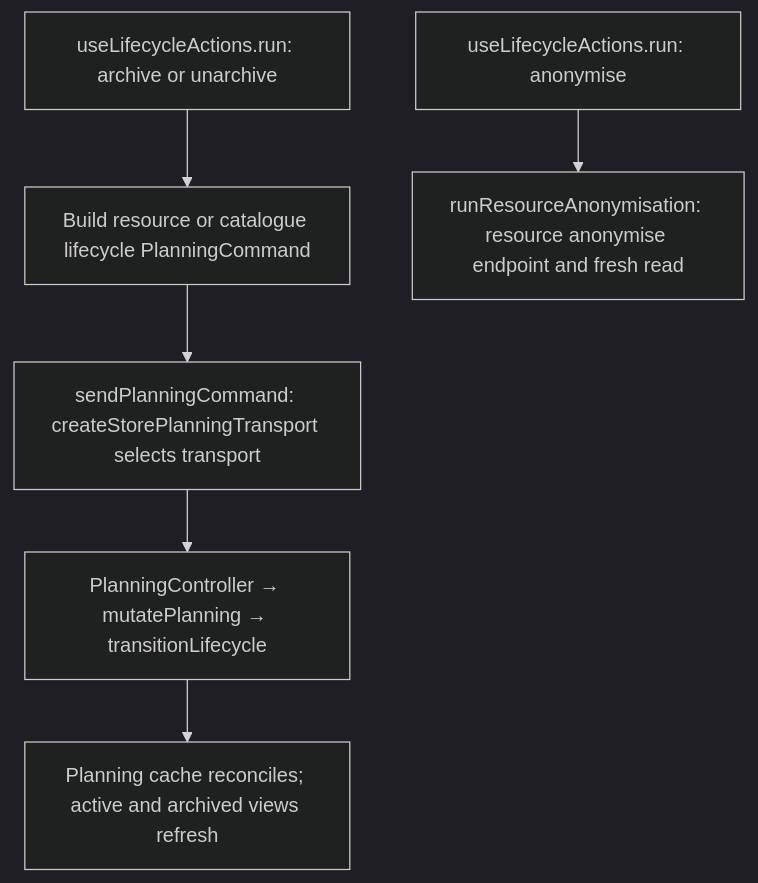
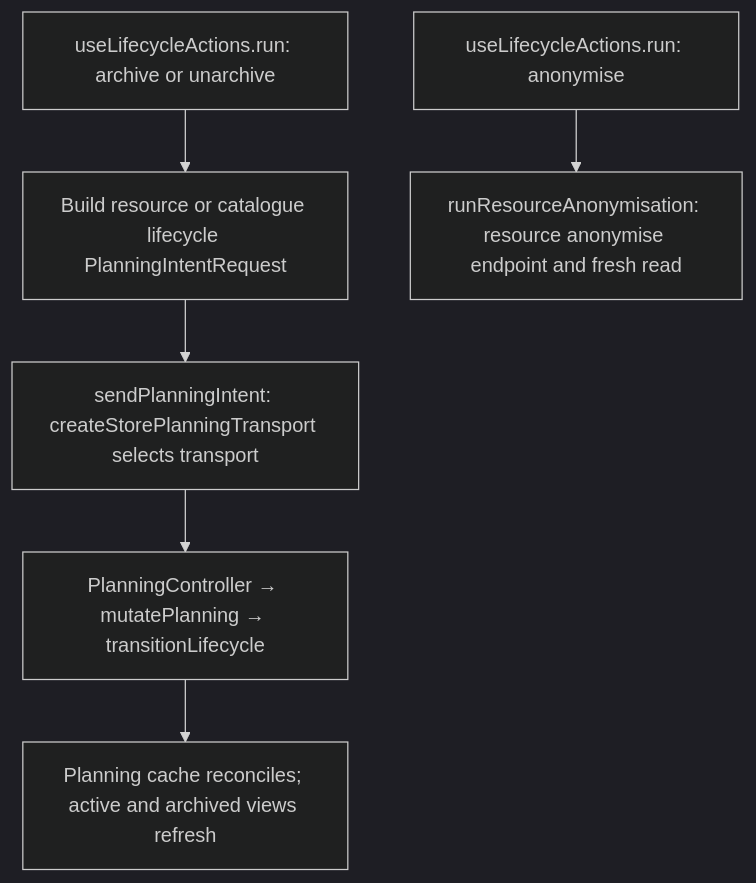
Before and after one commit to Kevinjohn/capacitylens: the second of 2 diagrams in user-stories/settings/US-SET-12-archived-deleted.md, drawn with Mermaid (dark theme). The commit also changed 55 other files, not shown here.

First line of the commit message:
Planning intent: rename planning commands to intents

````diff
--- a/user-stories/settings/US-SET-12-archived-deleted.md
+++ b/user-stories/settings/US-SET-12-archived-deleted.md
@@ -34,8 +34,8 @@
 ```mermaid
 flowchart TD
-archive["useLifecycleActions.run: archive or unarchive"] --> command["Build resource or catalogue lifecycle PlanningCommand"]
-  command --> send["sendPlanningCommand: createStorePlanningTransport selects transport"]
+archive["useLifecycleActions.run: archive or unarchive"] --> intent["Build resource or catalogue lifecycle PlanningIntentRequest"]
+  intent --> send["sendPlanningIntent: createStorePlanningTransport selects transport"]
   send --> server["PlanningController → mutatePlanning → transitionLifecycle"]
   server --> view["Planning cache reconciles; active and archived views refresh"]
   individual["useLifecycleActions.run: anonymise"] --> named["runResourceAnonymisation: resource anonymise endpoint and fresh read"]
 ```
````
